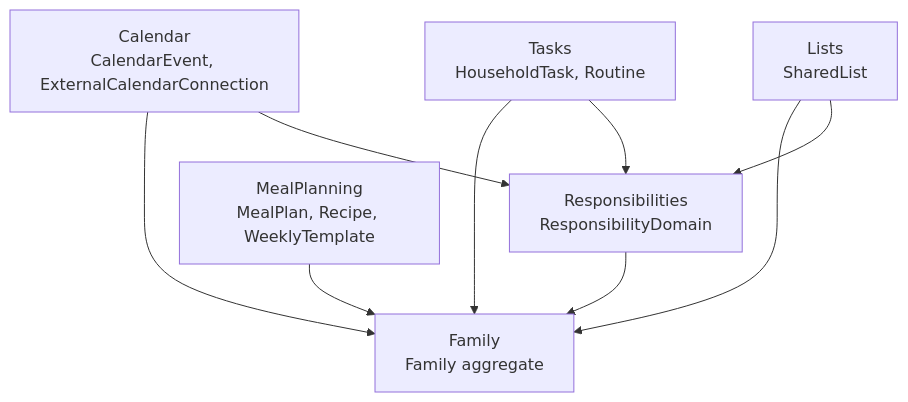
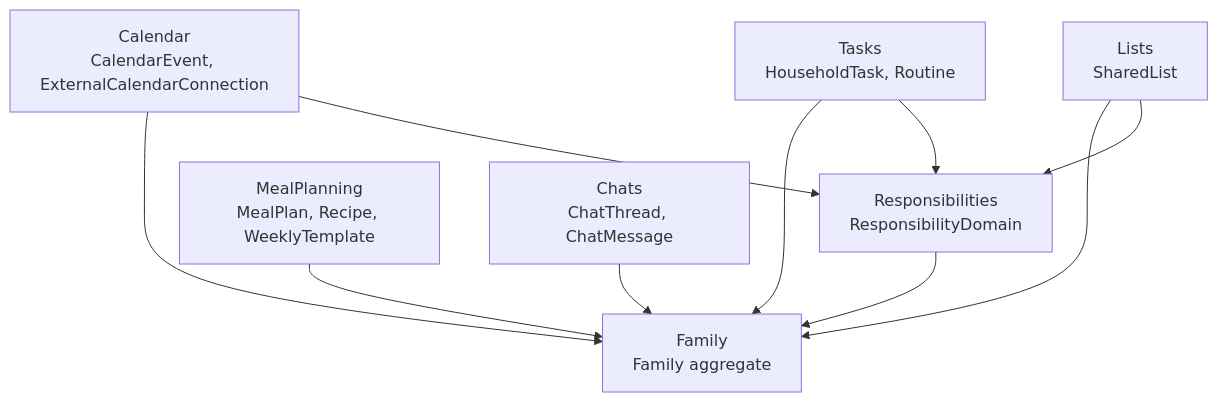
One commit to juangcarmona/domusmind changed the third of 3 diagrams in docs/architecture/05-building-block-view.md. Above: the diagram before and after it, drawn with Mermaid. The commit also changed other lines of this file and 96 other files, not shown here.

````diff
--- a/docs/architecture/05-building-block-view.md
+++ b/docs/architecture/05-building-block-view.md
@@ -109,18 +109,20 @@
 ```mermaid
 flowchart TB
     Family["Family<br/>Family aggregate"]
     Resp["Responsibilities<br/>ResponsibilityDomain"]
     Cal["Calendar<br/>CalendarEvent, ExternalCalendarConnection"]
     Tasks["Tasks<br/>HouseholdTask, Routine"]
     Lists["Lists<br/>SharedList"]
     Meals["MealPlanning<br/>MealPlan, Recipe, WeeklyTemplate"]
+    Chats["Chats<br/>ChatThread, ChatMessage"]
 
     Resp --> Family
     Cal --> Family
     Tasks --> Family
     Lists --> Family
     Meals --> Family
+    Chats --> Family
     Cal --> Resp
     Tasks --> Resp
     Lists --> Resp
 ```
````
